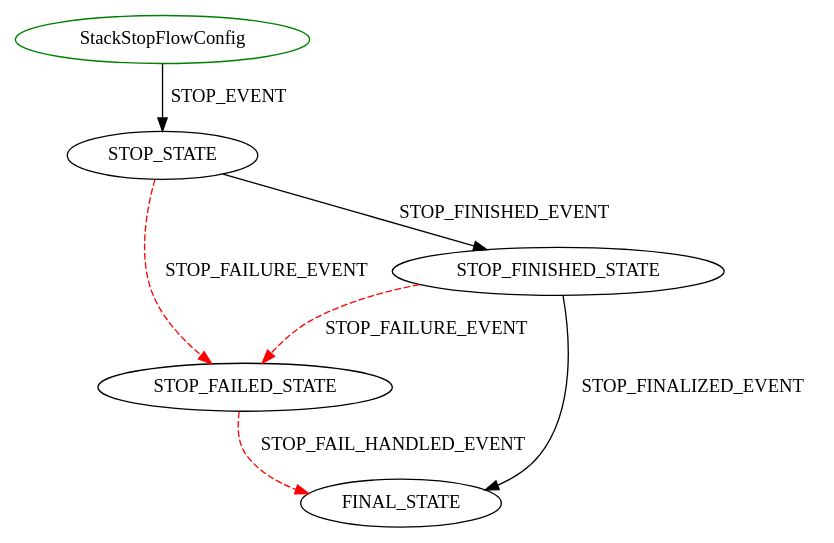
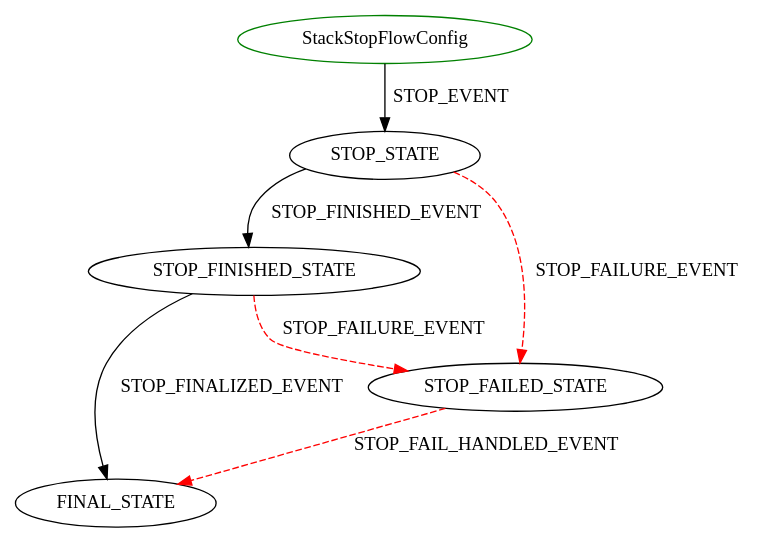
The diagram in docs/diagrams/StackStopFlowConfig.dot (wprender/cloudbreak-docs), drawn with Graphviz before and after one commit. The commit also changed other lines of this file and 10 other files, not shown here.

Commit message:
CLOUD-50456 Stack upscale/downscale with new flow engine, upscale

```diff
--- a/docs/diagrams/StackStopFlowConfig.dot
+++ b/docs/diagrams/StackStopFlowConfig.dot
@@ -1,9 +1,9 @@
 digraph {
 INIT_STATE [label="StackStopFlowConfig" shape=ellipse color=green];
 INIT_STATE -> STOP_STATE [label="STOP_EVENT" color=black style=solid];
+STOP_STATE -> STOP_FINISHED_STATE [label="STOP_FINISHED_EVENT" color=black style=solid];
 STOP_STATE -> STOP_FAILED_STATE [label="STOP_FAILURE_EVENT" color=red style=dashed];
 STOP_FAILED_STATE -> FINAL_STATE [label="STOP_FAIL_HANDLED_EVENT" color=red style=dashed];
-STOP_STATE -> STOP_FINISHED_STATE [label="STOP_FINISHED_EVENT" color=black style=solid];
+STOP_FINISHED_STATE -> FINAL_STATE [label="STOP_FINALIZED_EVENT" color=black style=solid];
 STOP_FINISHED_STATE -> STOP_FAILED_STATE [label="STOP_FAILURE_EVENT" color=red style=dashed];
-STOP_FINISHED_STATE -> FINAL_STATE [label="STOP_FINALIZED_EVENT" color=black style=solid];
 }
```
